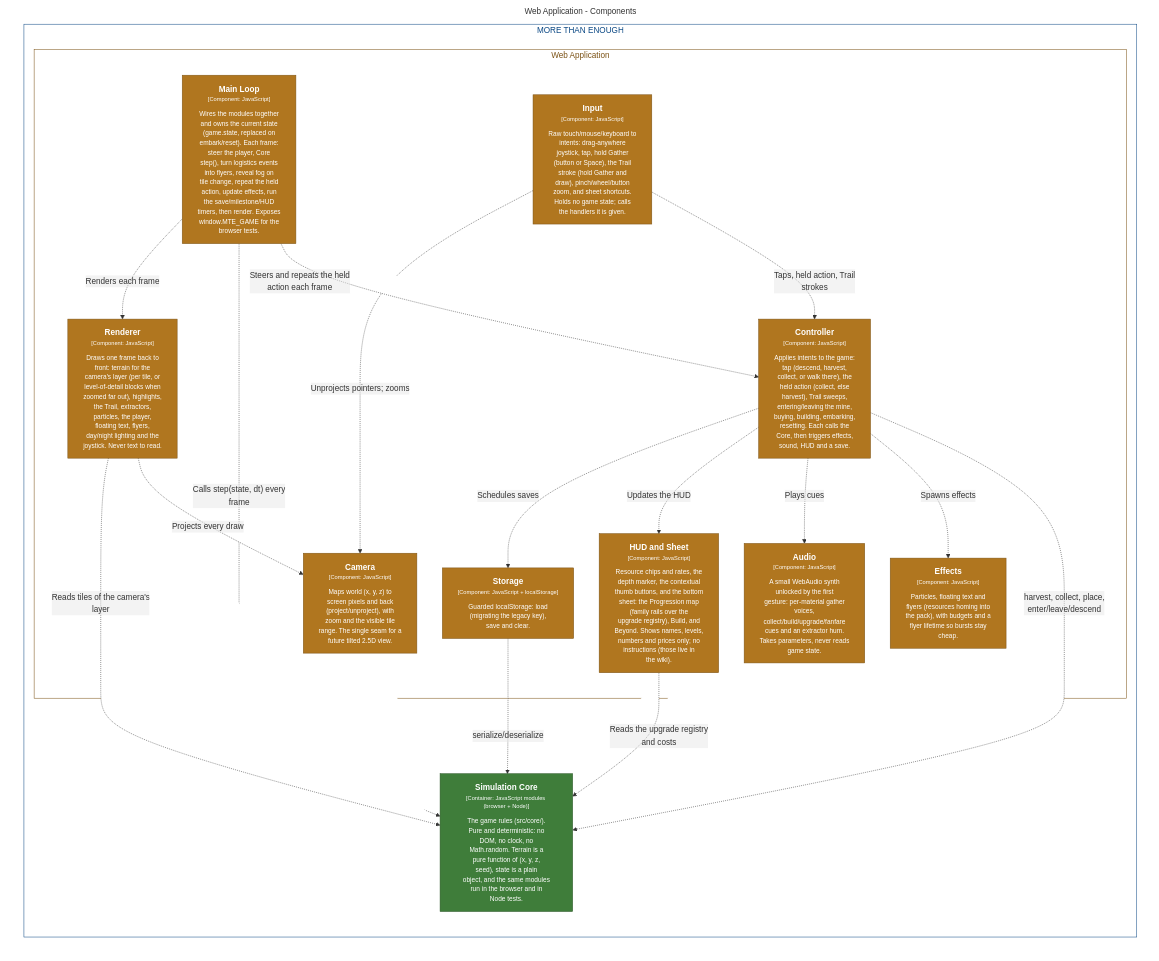
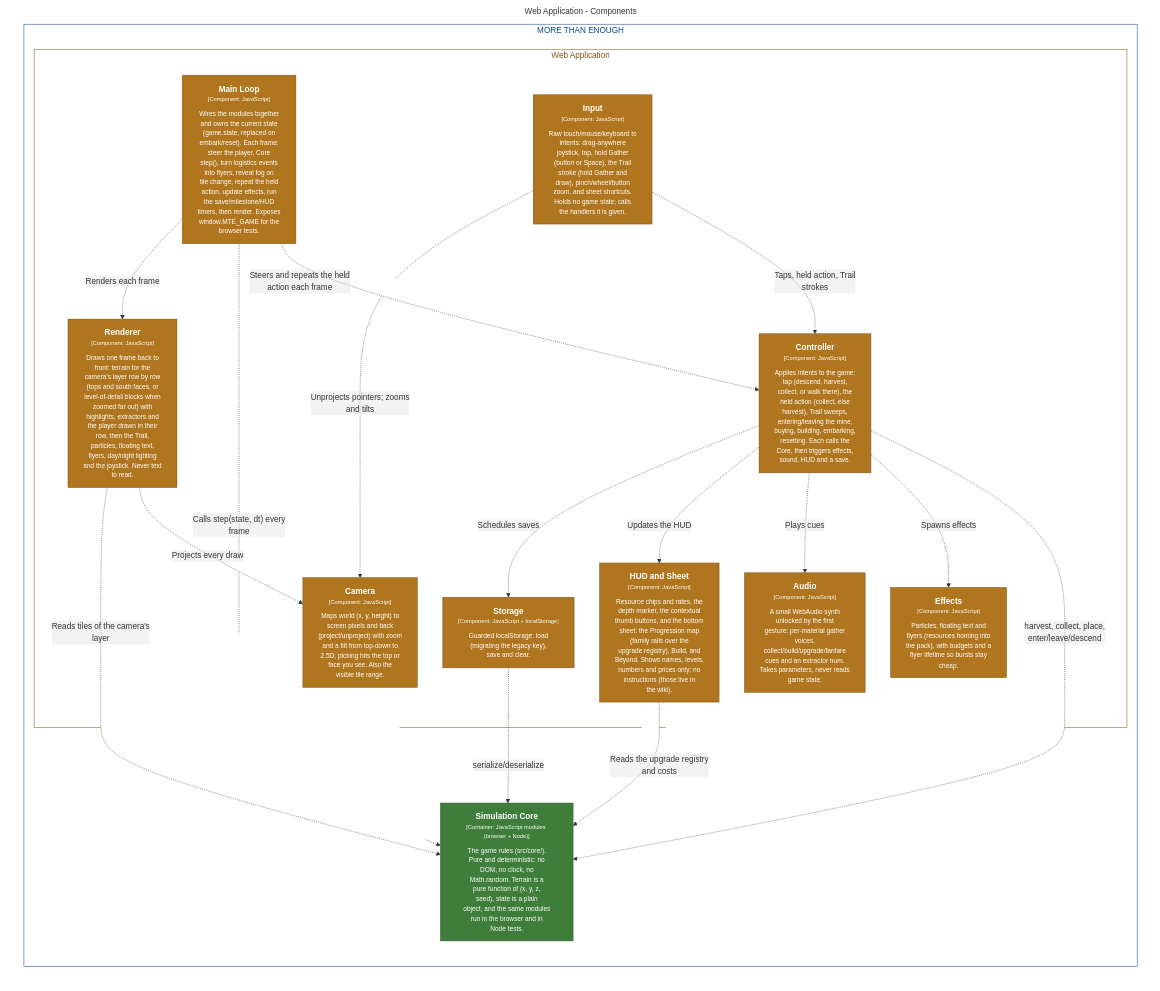
Before and after one commit to bitkojine/more-than-enough: the diagram in structurizr/diagrams/AppComponents.mmd, drawn with Mermaid. The commit also changed 26 other files, not shown here.

First line of the commit message:
v0.21.0: tilted 2.5D view, performance panel, fail loud

```diff
--- a/structurizr/diagrams/AppComponents.mmd
+++ b/structurizr/diagrams/AppComponents.mmd
@@ -1,53 +1,53 @@
 %% Generated from structurizr/workspace.dsl — do not edit; run: node structurizr/scripts/structurizr.mjs mermaid
 graph LR
   linkStyle default fill:#ffffff
 
   subgraph diagram ["Web Application - Components"]
     style diagram fill:#ffffff,stroke:#ffffff
 
     subgraph 3 ["MORE THAN ENOUGH"]
       style 3 fill:#ffffff,stroke:#0b4884,color:#0b4884
 
       subgraph 4 ["Web Application"]
         style 4 fill:#ffffff,stroke:#7b5215,color:#7b5215
 
         10["<div style='font-weight: bold'>Effects</div><div style='font-size: 70%; margin-top: 0px'>[Component: JavaScript]</div><div style='font-size: 80%; margin-top:10px'>Particles, floating text and<br />flyers (resources homing into<br />the pack), with budgets and a<br />flyer lifetime so bursts stay<br />cheap.</div>"]
         style 10 fill:#b0761f,stroke:#7b5215,color:#ffffff
         11["<div style='font-weight: bold'>HUD and Sheet</div><div style='font-size: 70%; margin-top: 0px'>[Component: JavaScript]</div><div style='font-size: 80%; margin-top:10px'>Resource chips and rates, the<br />depth marker, the contextual<br />thumb buttons, and the bottom<br />sheet: the Progression map<br />(family rails over the<br />upgrade registry), Build, and<br />Beyond. Shows names, levels,<br />numbers and prices only; no<br />instructions (those live in<br />the wiki).</div>"]
         style 11 fill:#b0761f,stroke:#7b5215,color:#ffffff
         12["<div style='font-weight: bold'>Audio</div><div style='font-size: 70%; margin-top: 0px'>[Component: JavaScript]</div><div style='font-size: 80%; margin-top:10px'>A small WebAudio synth<br />unlocked by the first<br />gesture: per-material gather<br />voices,<br />collect/build/upgrade/fanfare<br />cues and an extractor hum.<br />Takes parameters, never reads<br />game state.</div>"]
         style 12 fill:#b0761f,stroke:#7b5215,color:#ffffff
         13["<div style='font-weight: bold'>Storage</div><div style='font-size: 70%; margin-top: 0px'>[Component: JavaScript + localStorage]</div><div style='font-size: 80%; margin-top:10px'>Guarded localStorage: load<br />(migrating the legacy key),<br />save and clear.</div>"]
         style 13 fill:#b0761f,stroke:#7b5215,color:#ffffff
         5["<div style='font-weight: bold'>Main Loop</div><div style='font-size: 70%; margin-top: 0px'>[Component: JavaScript]</div><div style='font-size: 80%; margin-top:10px'>Wires the modules together<br />and owns the current state<br />(game.state, replaced on<br />embark/reset). Each frame:<br />steer the player, Core<br />step(), turn logistics events<br />into flyers, reveal fog on<br />tile change, repeat the held<br />action, update effects, run<br />the save/milestone/HUD<br />timers, then render. Exposes<br />window.MTE_GAME for the<br />browser tests.</div>"]
         style 5 fill:#b0761f,stroke:#7b5215,color:#ffffff
         6["<div style='font-weight: bold'>Input</div><div style='font-size: 70%; margin-top: 0px'>[Component: JavaScript]</div><div style='font-size: 80%; margin-top:10px'>Raw touch/mouse/keyboard to<br />intents: drag-anywhere<br />joystick, tap, hold Gather<br />(button or Space), the Trail<br />stroke (hold Gather and<br />draw), pinch/wheel/button<br />zoom, and sheet shortcuts.<br />Holds no game state; calls<br />the handlers it is given.</div>"]
         style 6 fill:#b0761f,stroke:#7b5215,color:#ffffff
         7["<div style='font-weight: bold'>Controller</div><div style='font-size: 70%; margin-top: 0px'>[Component: JavaScript]</div><div style='font-size: 80%; margin-top:10px'>Applies intents to the game:<br />tap (descend, harvest,<br />collect, or walk there), the<br />held action (collect, else<br />harvest), Trail sweeps,<br />entering/leaving the mine,<br />buying, building, embarking,<br />resetting. Each calls the<br />Core, then triggers effects,<br />sound, HUD and a save.</div>"]
         style 7 fill:#b0761f,stroke:#7b5215,color:#ffffff
-        8["<div style='font-weight: bold'>Camera</div><div style='font-size: 70%; margin-top: 0px'>[Component: JavaScript]</div><div style='font-size: 80%; margin-top:10px'>Maps world (x, y, z) to<br />screen pixels and back<br />(project/unproject), with<br />zoom and the visible tile<br />range. The single seam for a<br />future tilted 2.5D view.</div>"]
+        8["<div style='font-weight: bold'>Camera</div><div style='font-size: 70%; margin-top: 0px'>[Component: JavaScript]</div><div style='font-size: 80%; margin-top:10px'>Maps world (x, y, height) to<br />screen pixels and back<br />(project/unproject) with zoom<br />and a tilt from top-down to<br />2.5D; picking hits the top or<br />face you see. Also the<br />visible tile range.</div>"]
         style 8 fill:#b0761f,stroke:#7b5215,color:#ffffff
-        9["<div style='font-weight: bold'>Renderer</div><div style='font-size: 70%; margin-top: 0px'>[Component: JavaScript]</div><div style='font-size: 80%; margin-top:10px'>Draws one frame back to<br />front: terrain for the<br />camera's layer (per tile, or<br />level-of-detail blocks when<br />zoomed far out), highlights,<br />the Trail, extractors,<br />particles, the player,<br />floating text, flyers,<br />day/night lighting and the<br />joystick. Never text to read.</div>"]
+        9["<div style='font-weight: bold'>Renderer</div><div style='font-size: 70%; margin-top: 0px'>[Component: JavaScript]</div><div style='font-size: 80%; margin-top:10px'>Draws one frame back to<br />front: terrain for the<br />camera's layer row by row<br />(tops and south faces, or<br />level-of-detail blocks when<br />zoomed far out) with<br />highlights, extractors and<br />the player drawn in their<br />row, then the Trail,<br />particles, floating text,<br />flyers, day/night lighting<br />and the joystick. Never text<br />to read.</div>"]
         style 9 fill:#b0761f,stroke:#7b5215,color:#ffffff
       end
 
       15["<div style='font-weight: bold'>Simulation Core</div><div style='font-size: 70%; margin-top: 0px'>[Container: JavaScript modules (browser + Node)]</div><div style='font-size: 80%; margin-top:10px'>The game rules (src/core/).<br />Pure and deterministic: no<br />DOM, no clock, no<br />Math.random. Terrain is a<br />pure function of (x, y, z,<br />seed), state is a plain<br />object, and the same modules<br />run in the browser and in<br />Node tests.</div>"]
       style 15 fill:#3f7d3a,stroke:#2c5728,color:#ffffff
     end
 
     6-. "<div>Taps, held action, Trail<br />strokes</div><div style='font-size: 70%'></div>" .->7
-    6-. "<div>Unprojects pointers; zooms</div><div style='font-size: 70%'></div>" .->8
+    6-. "<div>Unprojects pointers; zooms<br />and tilts</div><div style='font-size: 70%'></div>" .->8
     5-. "<div>Steers and repeats the held<br />action each frame</div><div style='font-size: 70%'></div>" .->7
     5-. "<div>Calls step(state, dt) every<br />frame</div><div style='font-size: 70%'></div>" .->15
     5-. "<div>Renders each frame</div><div style='font-size: 70%'></div>" .->9
     7-. "<div>harvest, collect, place,<br />enter/leave/descend</div><div style='font-size: 70%'></div>" .->15
     7-. "<div>Spawns effects</div><div style='font-size: 70%'></div>" .->10
     7-. "<div>Plays cues</div><div style='font-size: 70%'></div>" .->12
     7-. "<div>Updates the HUD</div><div style='font-size: 70%'></div>" .->11
     7-. "<div>Schedules saves</div><div style='font-size: 70%'></div>" .->13
     9-. "<div>Projects every draw</div><div style='font-size: 70%'></div>" .->8
     9-. "<div>Reads tiles of the camera's<br />layer</div><div style='font-size: 70%'></div>" .->15
     11-. "<div>Reads the upgrade registry<br />and costs</div><div style='font-size: 70%'></div>" .->15
     13-. "<div>serialize/deserialize</div><div style='font-size: 70%'></div>" .->15
 
   end
```
